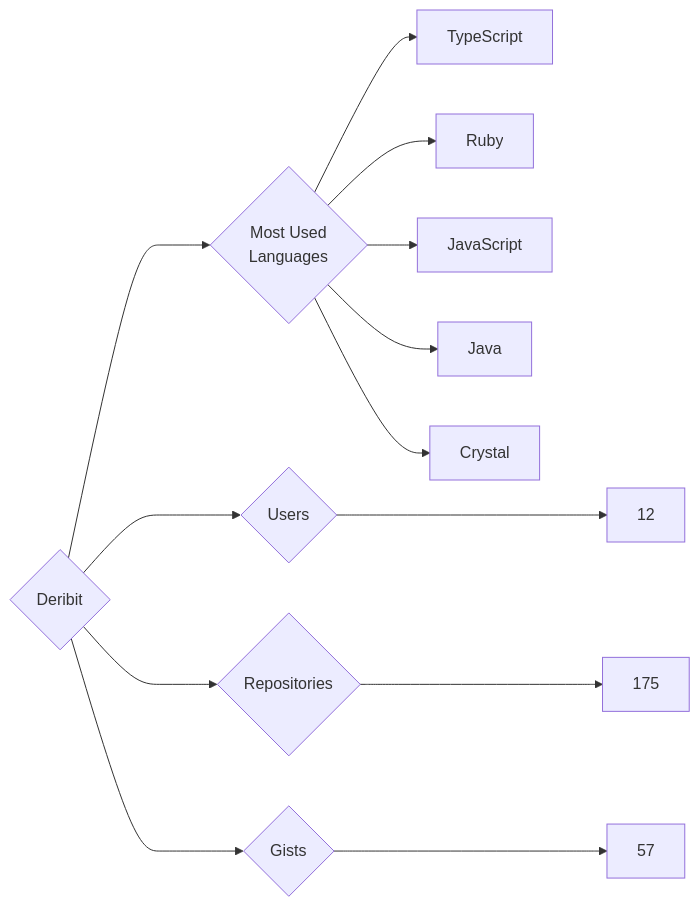
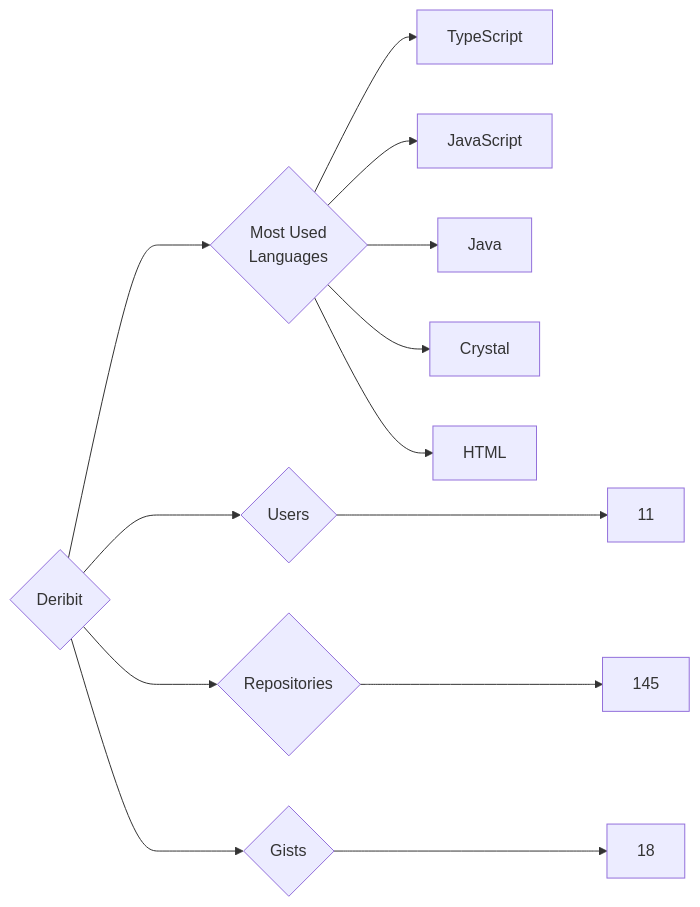
Before and after one commit to trickest/insiders: the diagram in targets/Deribit/README.md, drawn with Mermaid. The commit also changed 1195 other files, not shown here.

````diff
--- a/targets/Deribit/README.md
+++ b/targets/Deribit/README.md
@@ -3,13 +3,13 @@
 ```mermaid
 graph LR
 COMPANY_NAME{Deribit}
-COMPANY_NAME ---> U{Users} ---> UN[12]
-COMPANY_NAME ---> R{Repositories} ---> RN[175]
-COMPANY_NAME ---> G{Gists} ---> GN[57]
+COMPANY_NAME ---> U{Users} ---> UN[11]
+COMPANY_NAME ---> R{Repositories} ---> RN[145]
+COMPANY_NAME ---> G{Gists} ---> GN[18]
 COMPANY_NAME ---> ML{Most Used<br>Languages}
 ML --> TypeScript[TypeScript]
-ML --> Ruby[Ruby]
 ML --> JavaScript[JavaScript]
 ML --> Java[Java]
 ML --> Crystal[Crystal]
+ML --> HTML[HTML]
 ```
````
